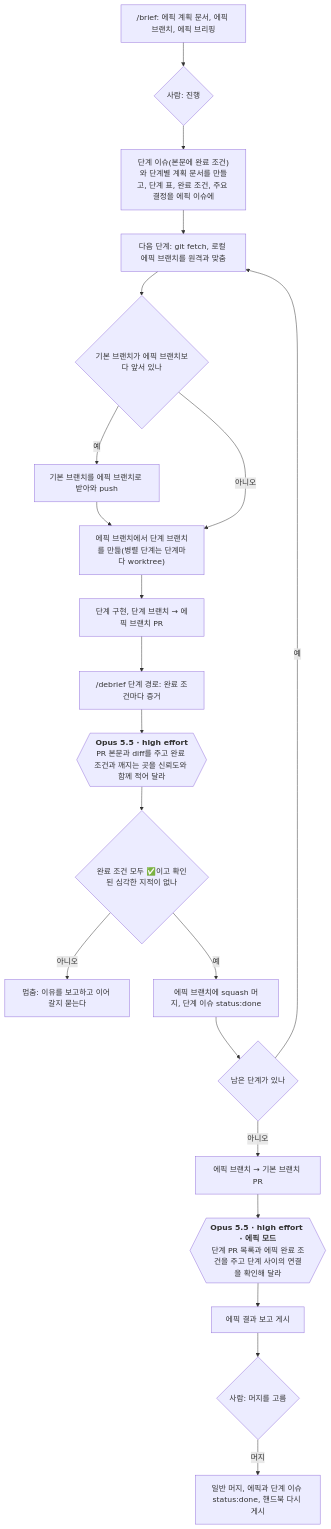
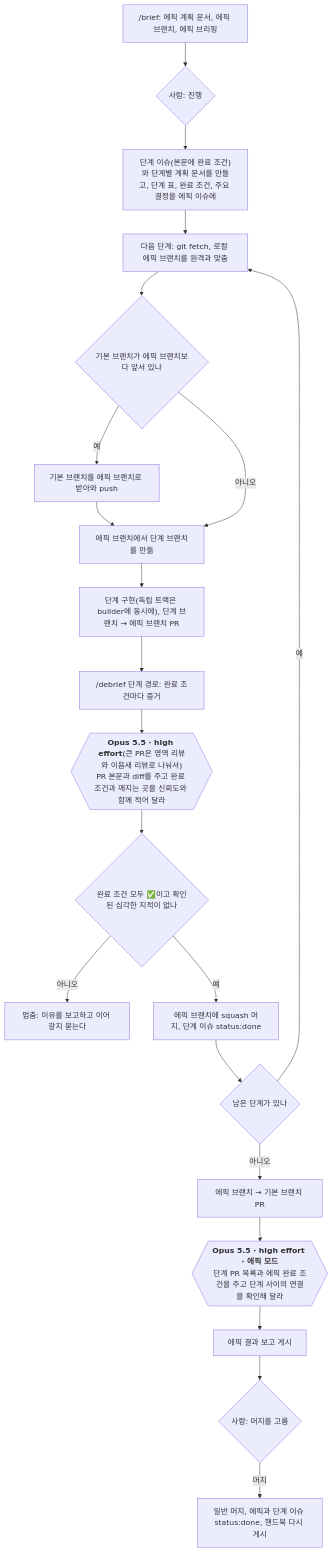
Before and after one commit to dincal/agent_logbook: the eighth of 9 diagrams in docs/system/flows.md, drawn with Mermaid. The commit also changed other lines of this file and 17 other files, not shown here.

````diff
--- a/docs/system/flows.md
+++ b/docs/system/flows.md
@@ -222,24 +230,24 @@
 ```mermaid
 flowchart TD
   S["/brief: 에픽 계획 문서, 에픽 브랜치, 에픽 브리핑"] --> A{"사람: 진행"}
   A --> C["단계 이슈(본문에 완료 조건)와 단계별 계획 문서를 만들고, 단계 표, 완료 조건, 주요 결정을 에픽 이슈에"]
   C --> N["다음 단계: git fetch, 로컬 에픽 브랜치를 원격과 맞춤"]
   N --> M{"기본 브랜치가 에픽 브랜치보다 앞서 있나"}
   M -->|"예"| MM["기본 브랜치를 에픽 브랜치로 받아와 push"] --> B
-  M -->|"아니오"| B["에픽 브랜치에서 단계 브랜치를 만듦(병렬 단계는 단계마다 worktree)"]
-  B --> I["단계 구현, 단계 브랜치 → 에픽 브랜치 PR"]
+  M -->|"아니오"| B["에픽 브랜치에서 단계 브랜치를 만듦"]
+  B --> I["단계 구현(독립 트랙은 builder에 동시에), 단계 브랜치 → 에픽 브랜치 PR"]
   I --> E["/debrief 단계 경로: 완료 조건마다 증거"]
-  E --> R{{"`**Opus 5.5 · high effort**
+  E --> R{{"`**Opus 5.5 · high effort**(큰 PR은 영역 리뷰와 이음새 리뷰로 나눠서)
   PR 본문과 diff를 주고 완료 조건과 깨지는 곳을 신뢰도와 함께 적어 달라`"}}
   R --> G{"완료 조건 모두 ✅이고 확인된 심각한 지적이 없나"}
   G -->|"아니오"| X["멈춤: 이유를 보고하고 이어 갈지 묻는다"]
   G -->|"예"| Q["에픽 브랜치에 squash 머지, 단계 이슈 status:done"]
   Q --> L{"남은 단계가 있나"}
   L -->|"예"| N
   L -->|"아니오"| P["에픽 브랜치 → 기본 브랜치 PR"]
   P --> ER{{"`**Opus 5.5 · high effort · 에픽 모드**
   단계 PR 목록과 에픽 완료 조건을 주고 단계 사이의 연결을 확인해 달라`"}}
   ER --> H["에픽 결과 보고 게시"]
   H --> HQ{"사람: 머지를 고름"}
   HQ -->|"머지"| MG["일반 머지, 에픽과 단계 이슈 status:done, 핸드북 다시 게시"]
 ```
````
